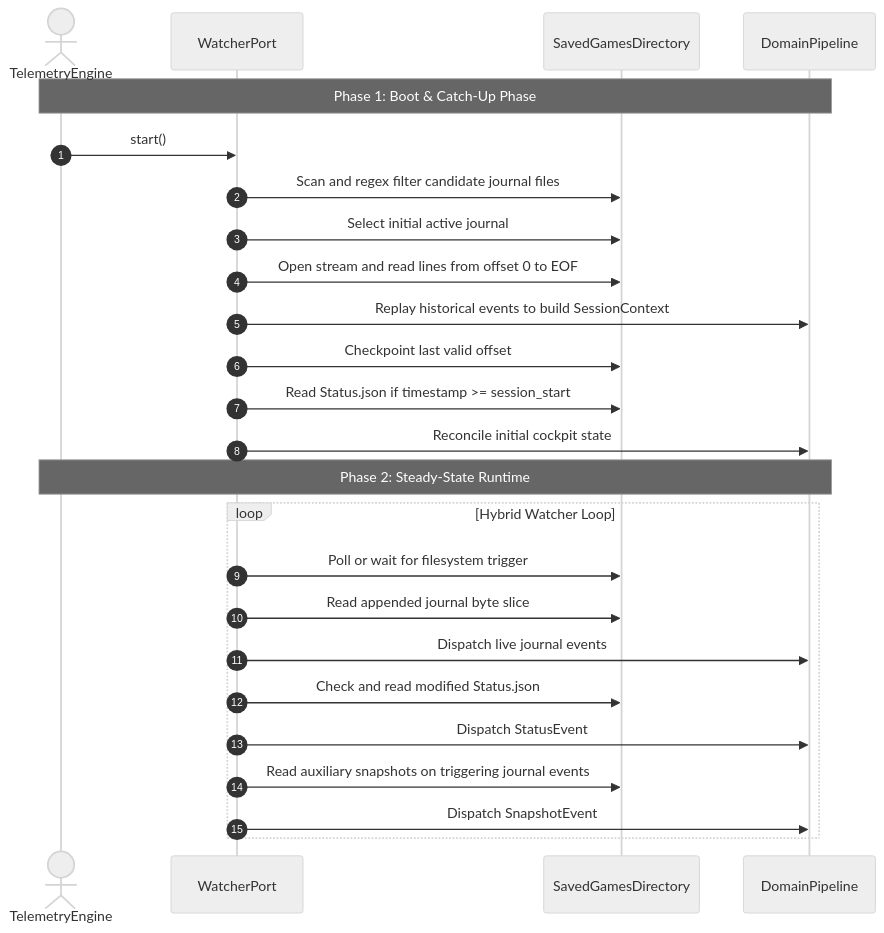
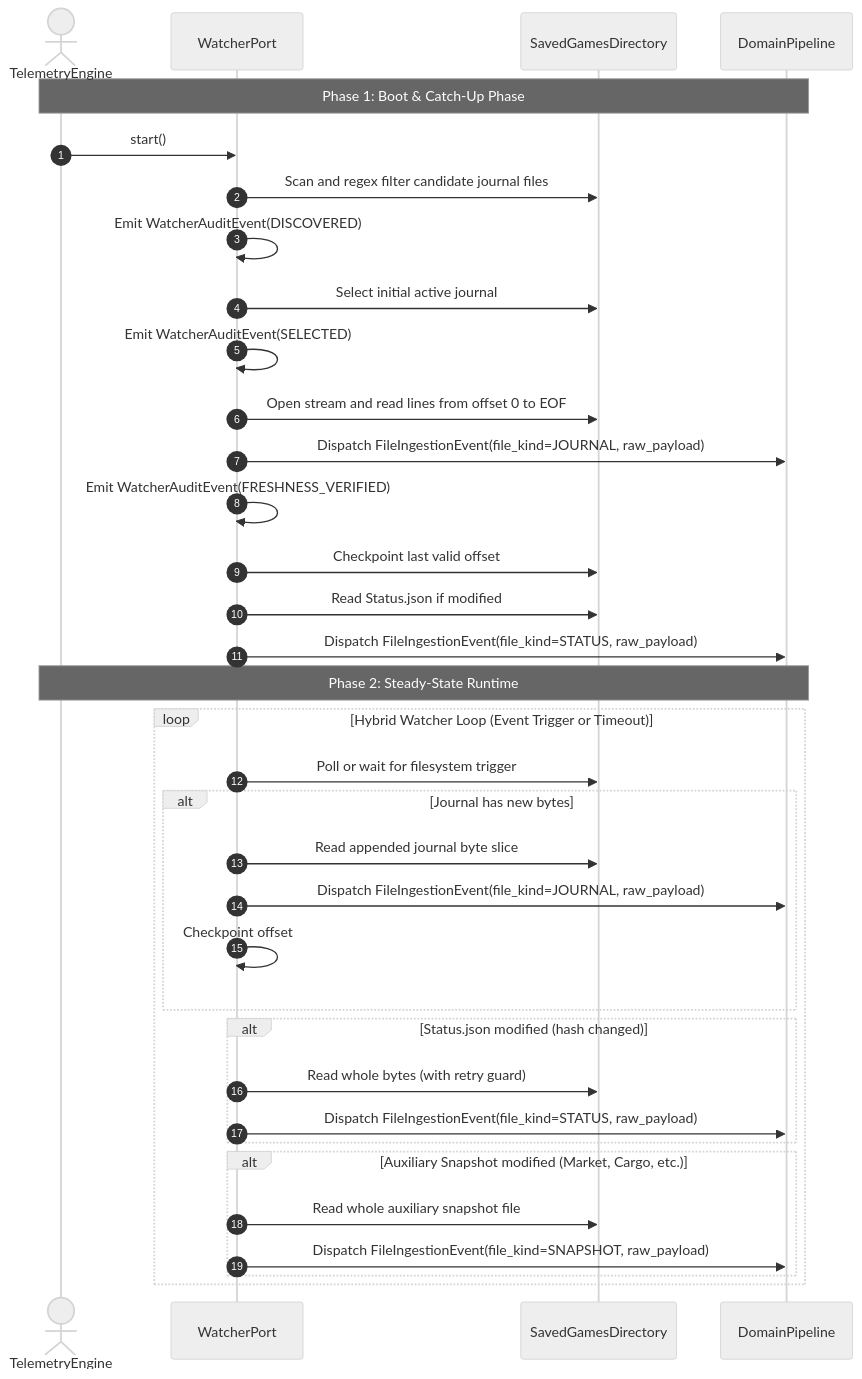
One commit to mnaatjes/ed-telemetry changed the second of 3 diagrams in architecture/notes/pre_adr_file_presence_freshness_detection.md. Above: the diagram before and after it, drawn with Mermaid (neutral theme). The commit also changed other lines of this file, not shown here.

Commit message:
docs(architecture): align sequence diagram and execution order with FileIngestionEvent

````diff
--- a/architecture/notes/pre_adr_file_presence_freshness_detection.md
+++ b/architecture/notes/pre_adr_file_presence_freshness_detection.md
@@ -124,29 +124,39 @@
 ```mermaid
 sequenceDiagram
     autonumber
     actor Engine as TelemetryEngine
     participant Watcher as WatcherPort
     participant Disk as SavedGamesDirectory
     participant Domain as DomainPipeline
 
     Note over Engine,Domain: Phase 1: Boot & Catch-Up Phase
     Engine->>Watcher: start()
     Watcher->>Disk: Scan and regex filter candidate journal files
+    Watcher->>Watcher: Emit WatcherAuditEvent(DISCOVERED)
     Watcher->>Disk: Select initial active journal
+    Watcher->>Watcher: Emit WatcherAuditEvent(SELECTED)
     Watcher->>Disk: Open stream and read lines from offset 0 to EOF
-    Watcher->>Domain: Replay historical events to build SessionContext
+    Watcher->>Domain: Dispatch FileIngestionEvent(file_kind=JOURNAL, raw_payload)
+    Watcher->>Watcher: Emit WatcherAuditEvent(FRESHNESS_VERIFIED)
     Watcher->>Disk: Checkpoint last valid offset
-    Watcher->>Disk: Read Status.json if timestamp >= session_start
-    Watcher->>Domain: Reconcile initial cockpit state
+    Watcher->>Disk: Read Status.json if modified
+    Watcher->>Domain: Dispatch FileIngestionEvent(file_kind=STATUS, raw_payload)
 
     Note over Engine,Domain: Phase 2: Steady-State Runtime
-    loop Hybrid Watcher Loop
+    loop Hybrid Watcher Loop (Event Trigger or Timeout)
         Watcher->>Disk: Poll or wait for filesystem trigger
-        Watcher->>Disk: Read appended journal byte slice
-        Watcher->>Domain: Dispatch live journal events
-        Watcher->>Disk: Check and read modified Status.json
-        Watcher->>Domain: Dispatch StatusEvent
-        Watcher->>Disk: Read auxiliary snapshots on triggering journal events
-        Watcher->>Domain: Dispatch SnapshotEvent
+        alt Journal has new bytes
+            Watcher->>Disk: Read appended journal byte slice
+            Watcher->>Domain: Dispatch FileIngestionEvent(file_kind=JOURNAL, raw_payload)
+            Watcher->>Watcher: Checkpoint offset
+        end
+        alt Status.json modified (hash changed)
+            Watcher->>Disk: Read whole bytes (with retry guard)
+            Watcher->>Domain: Dispatch FileIngestionEvent(file_kind=STATUS, raw_payload)
+        end
+        alt Auxiliary Snapshot modified (Market, Cargo, etc.)
+            Watcher->>Disk: Read whole auxiliary snapshot file
+            Watcher->>Domain: Dispatch FileIngestionEvent(file_kind=SNAPSHOT, raw_payload)
+        end
     end
 ```
````
